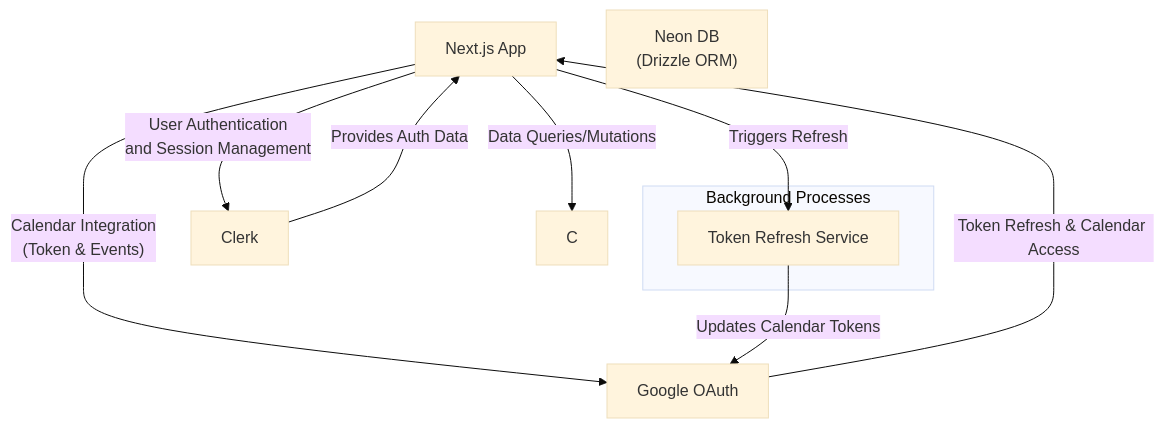
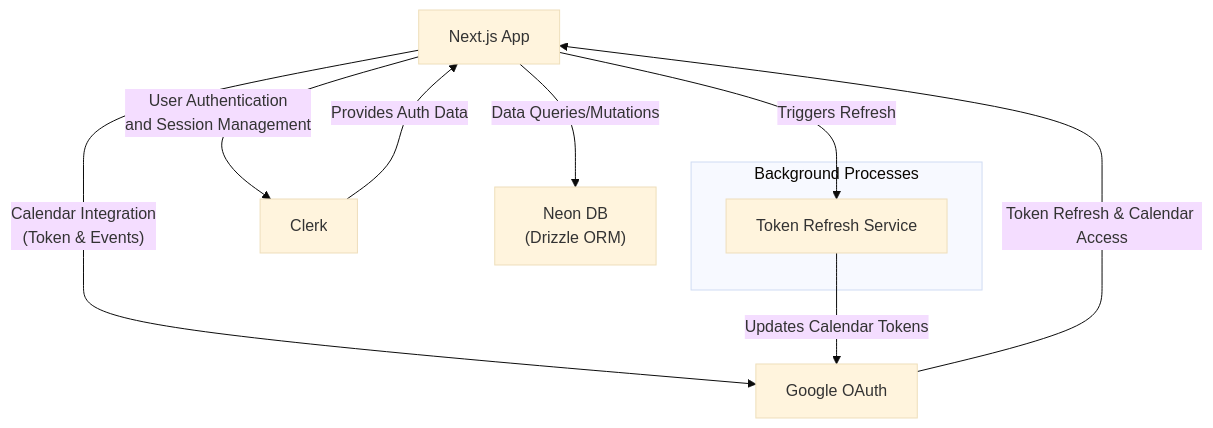
Before and after one commit to rodrigobarona/eleva-care-app: the second of 2 diagrams in README.md, drawn with Mermaid (base theme).

````diff
--- a/README.md
+++ b/README.md
@@ -351,28 +351,28 @@
 ```mermaid
 graph TD
   %% Frontend
-  A[Next.js App]
+  A["Next.js App"]
 
   %% Authentication & User Management
-  B[Clerk]
+  B["Clerk"]
 
   %% Database
-  C"["Neon DB<br/>(Drizzle ORM)"]
+  C["Neon DB<br/>(Drizzle ORM)"]
 
   %% External Services
-  D[Google OAuth]
+  D["Google OAuth"]
 
   %% Connections
   A -- "User Authentication\nand Session Management" --> B
   A -- "Data Queries/Mutations" --> C
   A -- "Calendar Integration\n(Token & Events)" --> D
   B -- "Provides Auth Data" --> A
   D -- "Token Refresh & Calendar Access" --> A
 
   %% Optional: Show background process or refresh flow
   subgraph "Background Processes"
-    E[Token Refresh Service]
+    E["Token Refresh Service"]
   end
   A -- "Triggers Refresh" --> E
   E -- "Updates Calendar Tokens" --> D
 ```
````
